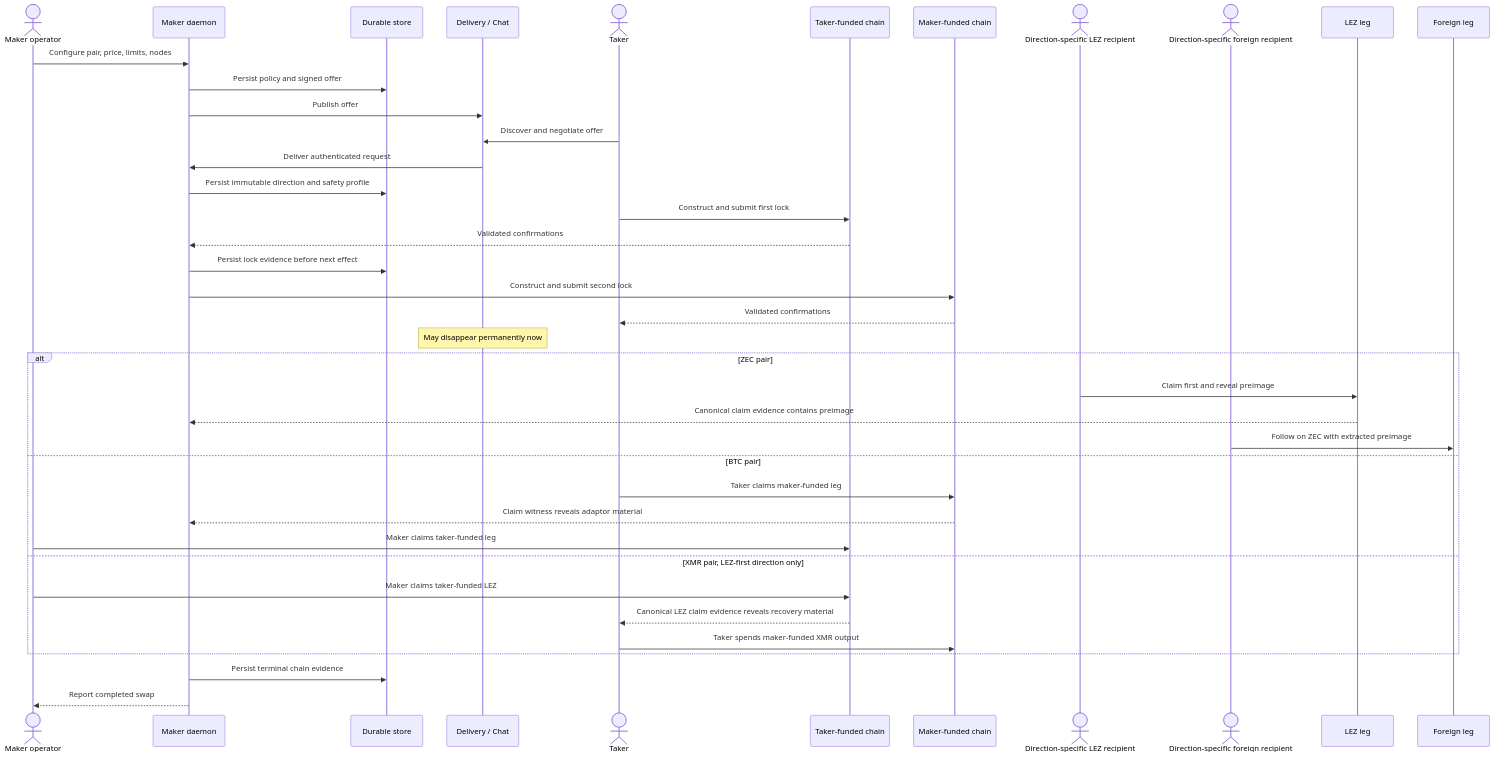
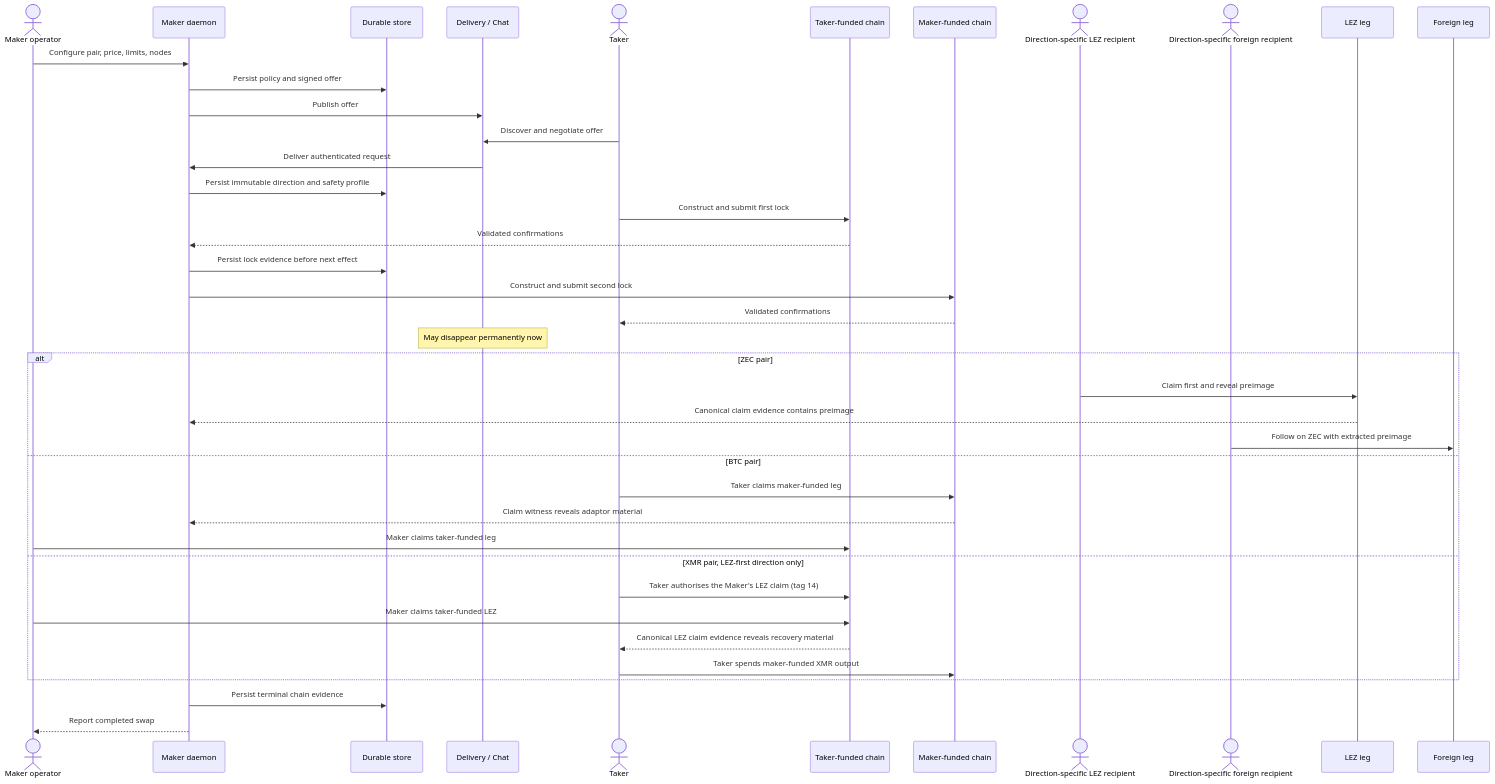
Before and after one commit to gateway-fm/lez-atomic-swaps: diagram 21 of 25 in docs/architecture/system-architecture.md, drawn with Mermaid. The commit also changed other lines of this file and 3 other files, not shown here.

````diff
--- a/docs/architecture/system-architecture.md
+++ b/docs/architecture/system-architecture.md
@@ -2236,42 +2189,43 @@
 ```mermaid
 sequenceDiagram
     actor Maker as Maker operator
     participant Daemon as Maker daemon
     participant Store as Durable store
     participant Chat as Delivery / Chat
     actor Taker
     participant TakerLeg as Taker-funded chain
     participant MakerLeg as Maker-funded chain
     actor LezRecipient as Direction-specific LEZ recipient
     actor ForeignRecipient as Direction-specific foreign recipient
     participant LEZ as LEZ leg
     participant Foreign as Foreign leg
 
     Maker->>Daemon: Configure pair, price, limits, nodes
     Daemon->>Store: Persist policy and signed offer
     Daemon->>Chat: Publish offer
     Taker->>Chat: Discover and negotiate offer
     Chat->>Daemon: Deliver authenticated request
     Daemon->>Store: Persist immutable direction and safety profile
     Taker->>TakerLeg: Construct and submit first lock
     TakerLeg-->>Daemon: Validated confirmations
     Daemon->>Store: Persist lock evidence before next effect
     Daemon->>MakerLeg: Construct and submit second lock
     MakerLeg-->>Taker: Validated confirmations
     Note over Chat: May disappear permanently now
     alt ZEC pair
         LezRecipient->>LEZ: Claim first and reveal preimage
         LEZ-->>Daemon: Canonical claim evidence contains preimage
         ForeignRecipient->>Foreign: Follow on ZEC with extracted preimage
     else BTC pair
         Taker->>MakerLeg: Taker claims maker-funded leg
         MakerLeg-->>Daemon: Claim witness reveals adaptor material
         Maker->>TakerLeg: Maker claims taker-funded leg
     else XMR pair, LEZ-first direction only
+        Taker->>TakerLeg: Taker authorises the Maker's LEZ claim (tag 14)
         Maker->>TakerLeg: Maker claims taker-funded LEZ
         TakerLeg-->>Taker: Canonical LEZ claim evidence reveals recovery material
         Taker->>MakerLeg: Taker spends maker-funded XMR output
     end
     Daemon->>Store: Persist terminal chain evidence
     Daemon-->>Maker: Report completed swap
 ```
````
